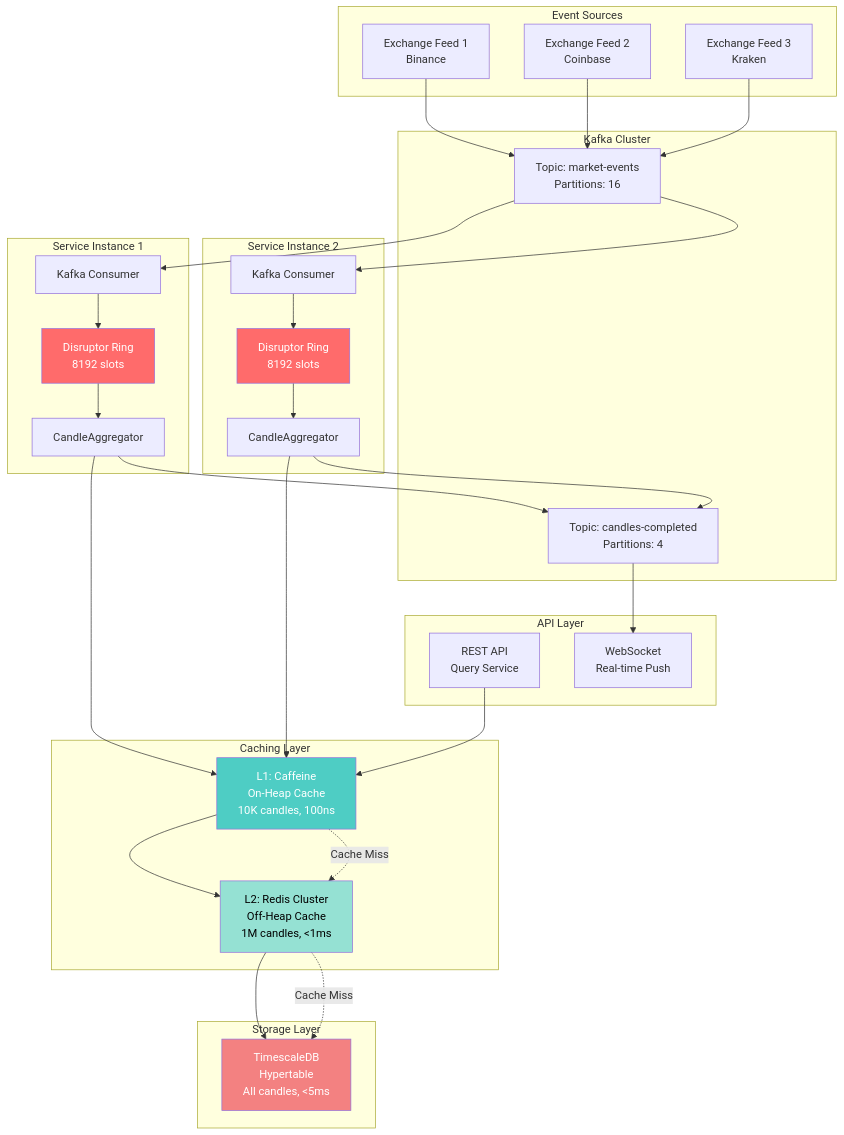
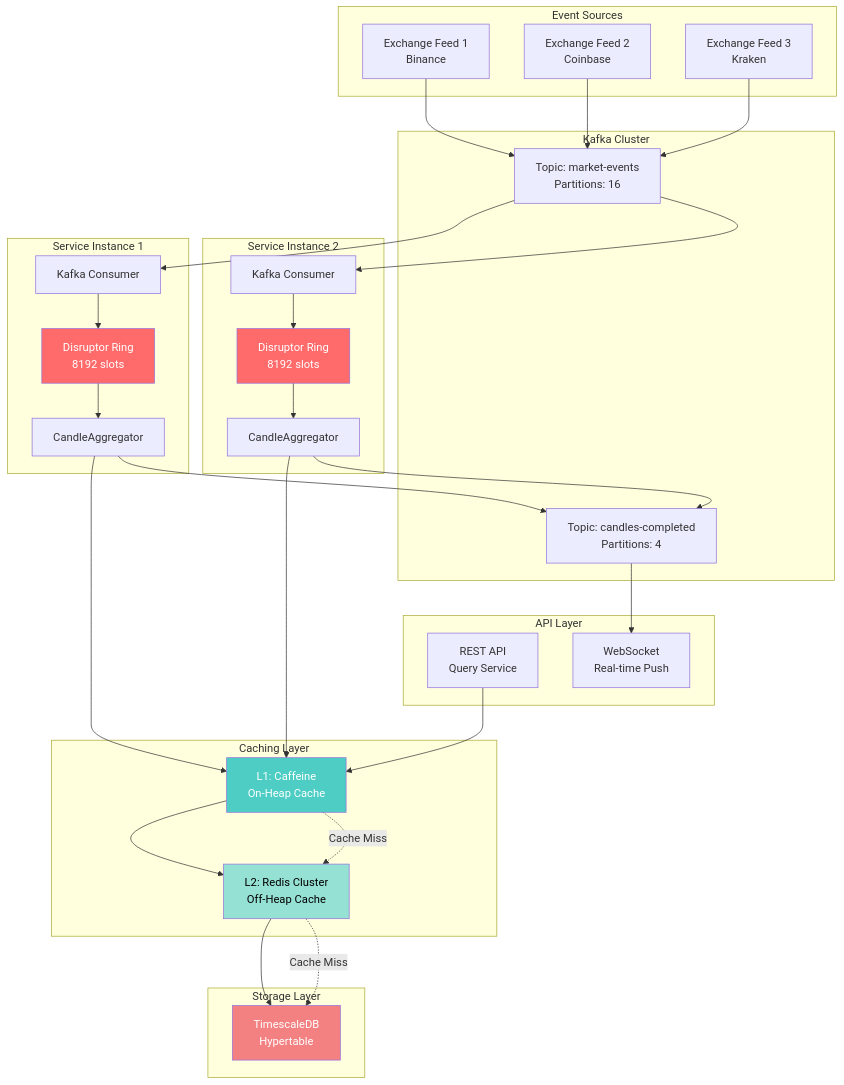
One commit to 0xkanth/candle-aggregation-service changed the diagram in KAFKA_CACHE_ARCHITECTURE.md. Above: the diagram before and after it, drawn with Mermaid. The commit also changed other lines of this file, not shown here.

````diff
--- a/KAFKA_CACHE_ARCHITECTURE.md
+++ b/KAFKA_CACHE_ARCHITECTURE.md
@@ -21,73 +15,73 @@
 ```mermaid
 graph TB
     subgraph "Event Sources"
         EX1[Exchange Feed 1<br/>Binance]
         EX2[Exchange Feed 2<br/>Coinbase]
         EX3[Exchange Feed 3<br/>Kraken]
     end
     
     subgraph "Kafka Cluster"
         KT1[Topic: market-events<br/>Partitions: 16]
         KT2[Topic: candles-completed<br/>Partitions: 4]
     end
     
     subgraph "Service Instance 1"
         KC1[Kafka Consumer]
         DIS1[Disruptor Ring<br/>8192 slots]
         AGG1[CandleAggregator]
     end
     
     subgraph "Service Instance 2"
         KC2[Kafka Consumer]
         DIS2[Disruptor Ring<br/>8192 slots]
         AGG2[CandleAggregator]
     end
     
     subgraph "Caching Layer"
-        L1[L1: Caffeine<br/>On-Heap Cache<br/>10K candles, 100ns]
-        L2[L2: Redis Cluster<br/>Off-Heap Cache<br/>1M candles, <1ms]
+        L1[L1: Caffeine<br/>On-Heap Cache]
+        L2[L2: Redis Cluster<br/>Off-Heap Cache]
     end
     
     subgraph "Storage Layer"
-        TS[TimescaleDB<br/>Hypertable<br/>All candles, <5ms]
+        TS[TimescaleDB<br/>Hypertable]
     end
     
     subgraph "API Layer"
         REST[REST API<br/>Query Service]
         WS[WebSocket<br/>Real-time Push]
     end
     
     EX1 --> KT1
     EX2 --> KT1
     EX3 --> KT1
     
     KT1 --> KC1
     KT1 --> KC2
     
     KC1 --> DIS1
     KC2 --> DIS2
     
     DIS1 --> AGG1
     DIS2 --> AGG2
     
     AGG1 --> L1
     AGG2 --> L1
     
     AGG1 --> KT2
     AGG2 --> KT2
     
     L1 --> L2
     L2 --> TS
     
     REST --> L1
     L1 -.Cache Miss.-> L2
     L2 -.Cache Miss.-> TS
     
     KT2 --> WS
     
     style DIS1 fill:#ff6b6b,color:#fff
     style DIS2 fill:#ff6b6b,color:#fff
     style L1 fill:#4ecdc4,color:#fff
     style L2 fill:#95e1d3,color:#000
     style TS fill:#f38181,color:#fff
 ```
````
